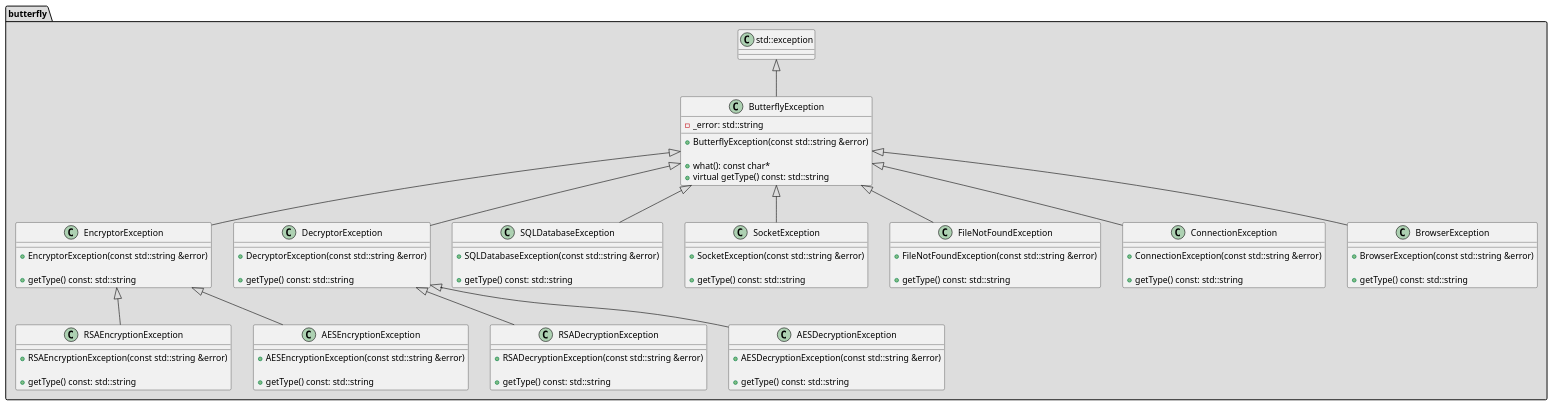
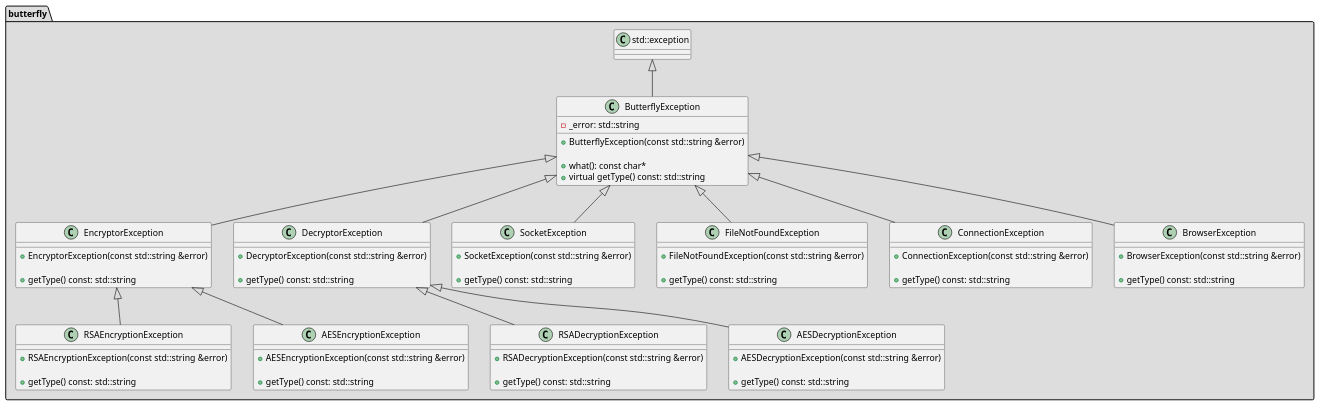
The diagram in architecture/class_diagrams/bflyExceptions.puml (bierschi/butterfly), drawn with PlantUML before and after one commit. The commit also changed 2 other files, not shown here.

Commit message:
Removed the sql exception in bflyExceptions.h file

```diff
--- a/architecture/class_diagrams/bflyExceptions.puml
+++ b/architecture/class_diagrams/bflyExceptions.puml
@@ -1,125 +1,116 @@
 @startuml
 
 package butterfly #DDDDDD
 {
 
 class std::exception
 {
 
 }
 
 class ButterflyException
 {
     - _error: std::string
 
     + ButterflyException(const std::string &error)
 
     + what(): const char*
     + virtual getType() const: std::string
 }
 
 class RSAEncryptionException
 {
 
     + RSAEncryptionException(const std::string &error)
 
     + getType() const: std::string
 }
 
 class RSADecryptionException
 {
 
     + RSADecryptionException(const std::string &error)
 
     + getType() const: std::string
 }
 
 class AESEncryptionException
 {
 
     + AESEncryptionException(const std::string &error)
 
     + getType() const: std::string
 }
 
 class AESDecryptionException
 {
 
     + AESDecryptionException(const std::string &error)
 
     + getType() const: std::string
 }
 
 class EncryptorException
 {
 
     + EncryptorException(const std::string &error)
 
     + getType() const: std::string
 }
 
 class DecryptorException
 {
 
     + DecryptorException(const std::string &error)
 
     + getType() const: std::string
 }
 
-class SQLDatabaseException
-{
-
-    + SQLDatabaseException(const std::string &error)
-
-    + getType() const: std::string
-}
-
 class SocketException
 {
 
     + SocketException(const std::string &error)
 
     + getType() const: std::string
 }
 
 class FileNotFoundException
 {
 
     + FileNotFoundException(const std::string &error)
 
     + getType() const: std::string
 }
 
 class ConnectionException
 {
 
     + ConnectionException(const std::string &error)
 
     + getType() const: std::string
 }
 
 class BrowserException
 {
 
     + BrowserException(const std::string &error)
 
     + getType() const: std::string
 }
 
 std::exception <|-- ButterflyException
 ButterflyException <|-- EncryptorException
 ButterflyException <|-- DecryptorException
 
 EncryptorException <|-- RSAEncryptionException
 DecryptorException <|-- RSADecryptionException
 EncryptorException <|-- AESEncryptionException
 DecryptorException <|-- AESDecryptionException
 
-ButterflyException <|-- SQLDatabaseException
 ButterflyException <|-- SocketException
 ButterflyException <|-- FileNotFoundException
 ButterflyException <|-- ConnectionException
 ButterflyException <|-- BrowserException
 
 }
 @enduml
```
